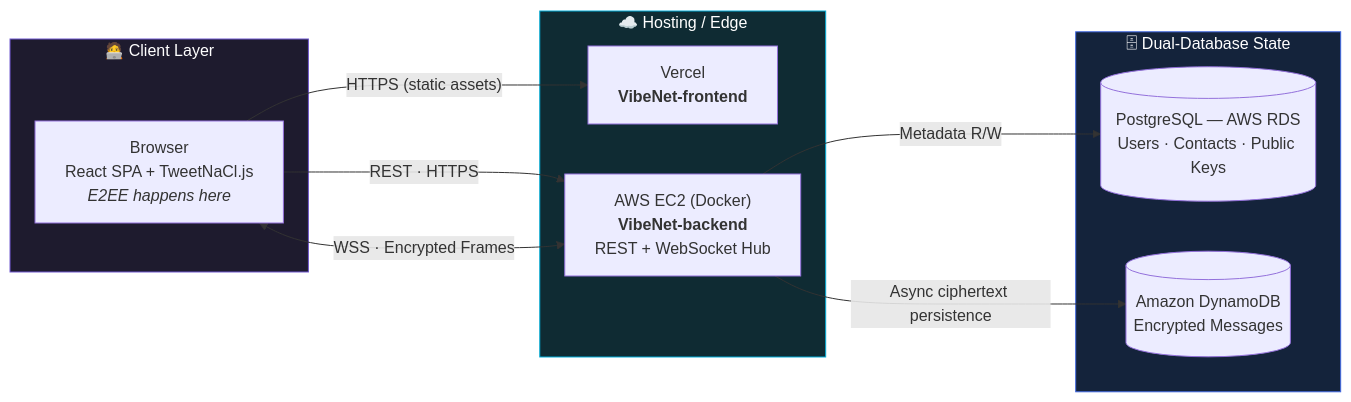
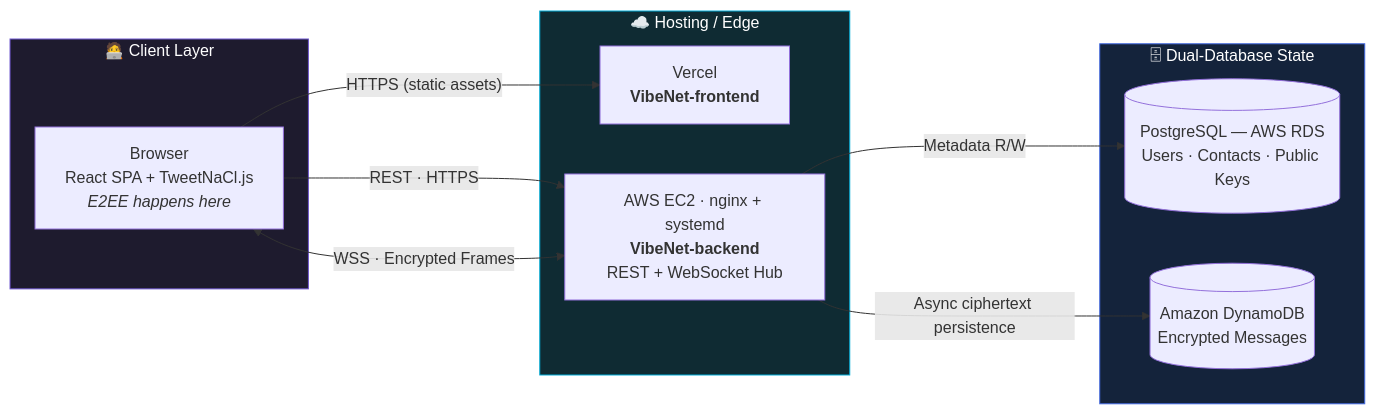
The second of 4 diagrams in README.md (ChamathDilshanC/VibeNet-Main), drawn with Mermaid before and after one commit. The commit also changed other lines of this file and 2 other files, not shown here.

First line of the commit message:
Change Path To Docs - AWS setup guide; update README & backend submodule

````diff
--- a/README.md
+++ b/README.md
@@ -75,26 +75,26 @@
 ```mermaid
 flowchart LR
     subgraph CLIENT["🧑‍💻 Client Layer"]
         BROWSER["Browser<br/>React SPA + TweetNaCl.js<br/><i>E2EE happens here</i>"]
     end
 
     subgraph EDGE["☁️ Hosting / Edge"]
         VERCEL["Vercel<br/><b>VibeNet-frontend</b>"]
-        EC2["AWS EC2 (Docker)<br/><b>VibeNet-backend</b><br/>REST + WebSocket Hub"]
+        EC2["AWS EC2 · nginx + systemd<br/><b>VibeNet-backend</b><br/>REST + WebSocket Hub"]
     end
 
     subgraph DATA["🗄 Dual-Database State"]
         PG[("PostgreSQL — AWS RDS<br/>Users · Contacts · Public Keys")]
         DDB[("Amazon DynamoDB<br/>Encrypted Messages")]
     end
 
     BROWSER -->|"HTTPS (static assets)"| VERCEL
     BROWSER -->|"REST · HTTPS"| EC2
     BROWSER <-->|"WSS · Encrypted Frames"| EC2
     EC2 -->|"Metadata R/W"| PG
     EC2 -->|"Async ciphertext persistence"| DDB
 
     style CLIENT fill:#1e1b2e,stroke:#6E56CF,color:#fff
     style EDGE fill:#0f2b33,stroke:#00ADD8,color:#fff
     style DATA fill:#14233b,stroke:#4169E1,color:#fff
 ```
````
